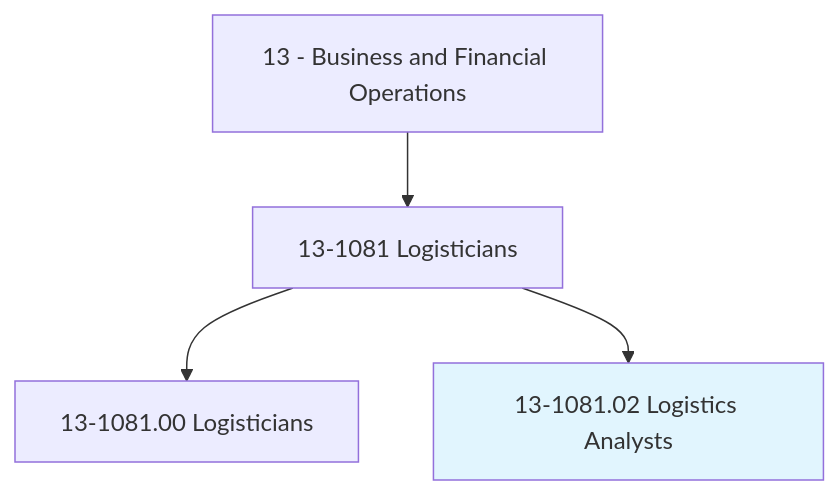
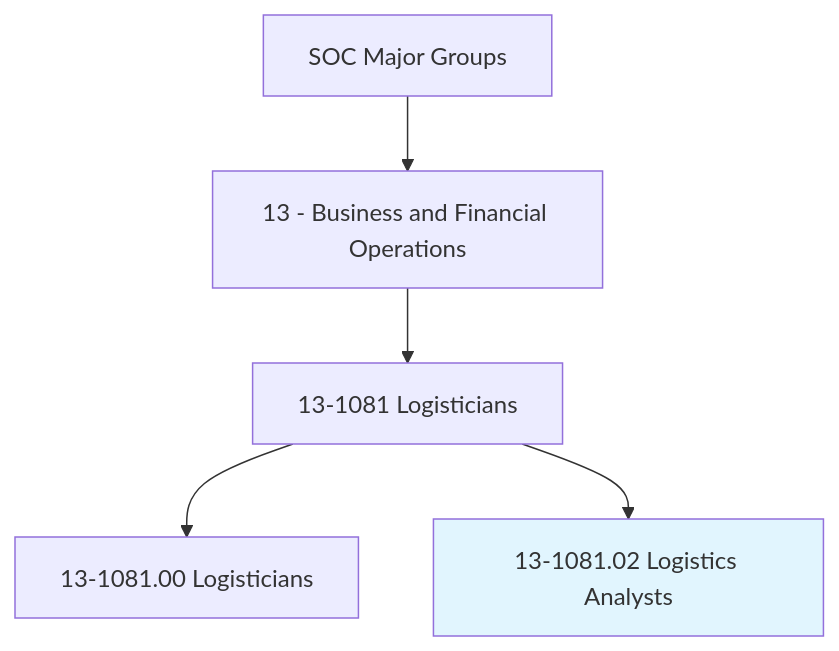
The first of 4 diagrams in occupations/Business/LogisticsAnalysts.mdx (kziemski/business.org.ai), drawn with Mermaid before and after one commit. The commit also changed other lines of this file and 938 other files, not shown here.

````diff
--- a/occupations/Business/LogisticsAnalysts.mdx
+++ b/occupations/Business/LogisticsAnalysts.mdx
@@ -19,7 +25,8 @@
 ```mermaid
 graph TD
-    Cat13["13 - Business and Financial Operations"] --> Group131081["13-1081 Logisticians"]
-    Group131081 --> Base["13-1081.00 Logisticians"]
-    Group131081 --> Current["13-1081.02 Logistics Analysts"]
+    SOC["SOC Major Groups"] --> Cat13["13 - Business and Financial Operations"]
+    Cat13 --> G131081["13-1081 Logisticians"]
+    G131081 --> Base["13-1081.00 Logisticians"]
+    G131081 --> Current["13-1081.02 Logistics Analysts"]
     style Current fill:#e1f5fe
 ```
````
